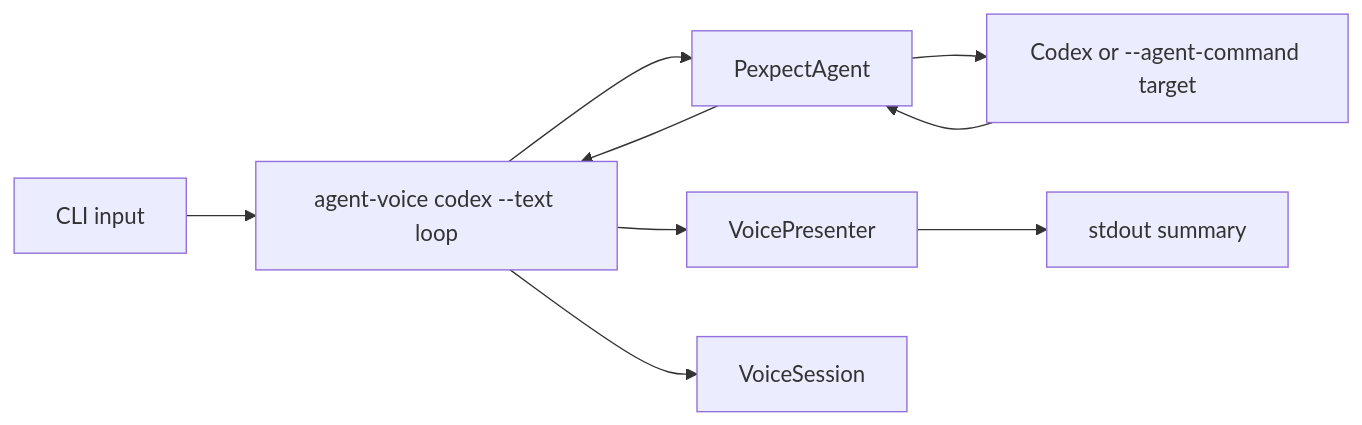
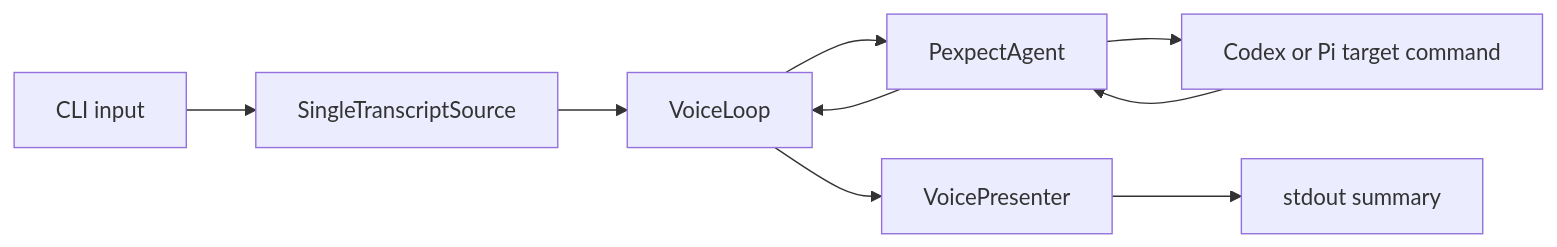
One commit to m1ser4ble/agent-voice changed the third of 4 diagrams in docs/architecture.md. Above: the diagram before and after it, drawn with Mermaid. The commit also changed other lines of this file and 11 other files, not shown here.

````diff
--- a/docs/architecture.md
+++ b/docs/architecture.md
@@ -212,18 +234,17 @@
 ```mermaid
 flowchart LR
     UserText[CLI input]
-    CLILoop[agent-voice codex --text loop]
+    TextSource[SingleTranscriptSource]
+    Loop[VoiceLoop]
     Adapter[PexpectAgent]
-    Agent[Codex or --agent-command target]
+    Agent[Codex or Pi target command]
     Presenter[VoicePresenter]
     Stdout[stdout summary]
-    Session[VoiceSession]
 
-    UserText --> CLILoop
-    CLILoop --> Session
-    CLILoop --> Adapter
+    UserText --> TextSource --> Loop
+    Loop --> Adapter
     Adapter --> Agent
     Agent --> Adapter
-    Adapter --> CLILoop
-    CLILoop --> Presenter --> Stdout
+    Adapter --> Loop
+    Loop --> Presenter --> Stdout
 ```
````
